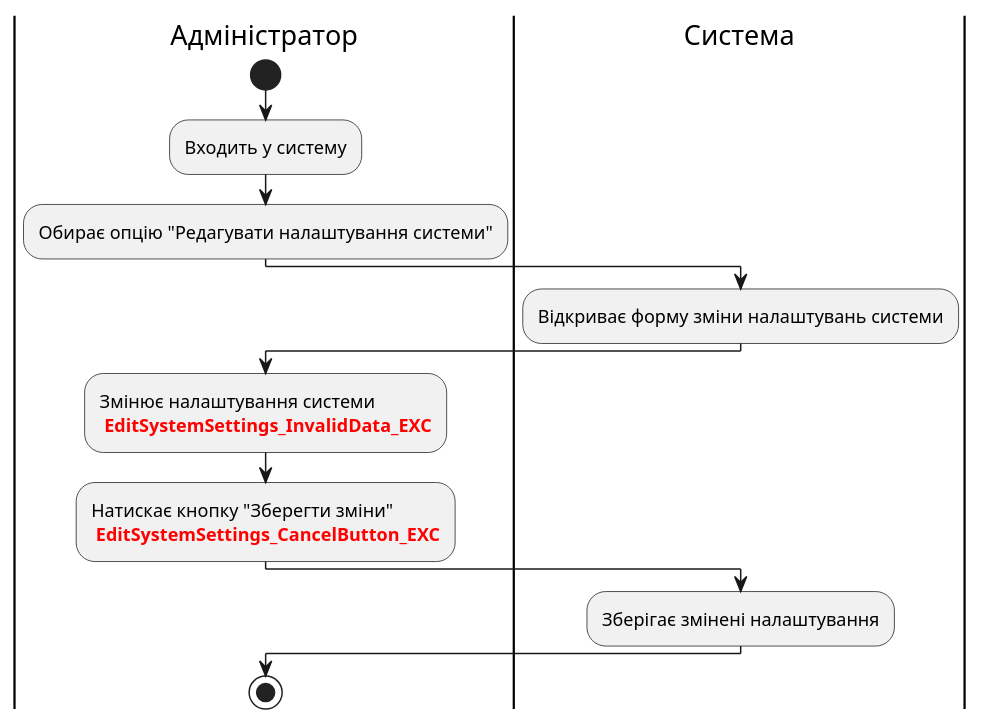
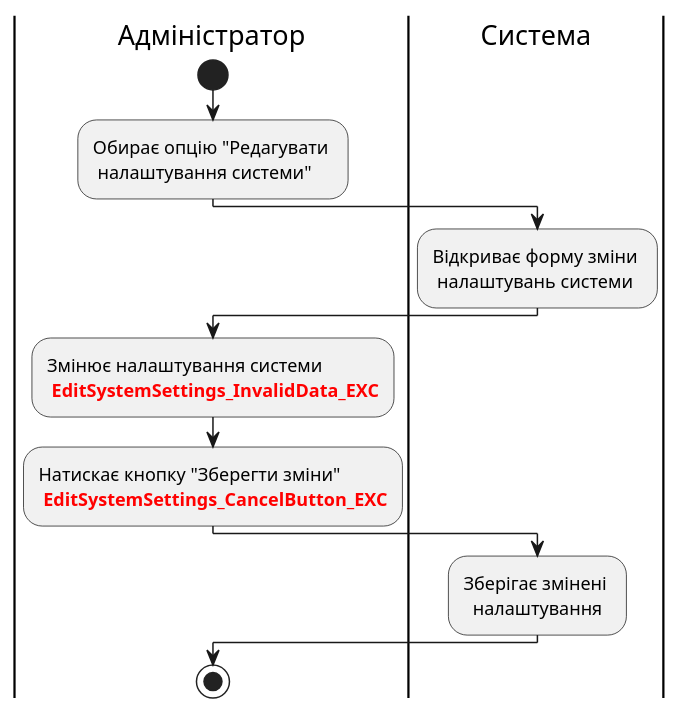
One commit to boldak/edu-db-cw changed diagram 16 of 16 in docs/use cases/README.md. Above: the diagram before and after it, drawn with PlantUML. The commit also changed other lines of this file, not shown here.

```diff
--- a/docs/use cases/README.md
+++ b/docs/use cases/README.md
@@ -1233,23 +1233,22 @@
 @startuml
 
 |Адміністратор|
 start;
-:Входить у систему;
-:Обирає опцію "Редагувати налаштування системи";
+:Обирає опцію "Редагувати \n налаштування системи";
 
 |Система|
-:Відкриває форму зміни налаштувань системи;
+:Відкриває форму зміни \n налаштувань системи;
 
 |Адміністратор|
 :Змінює налаштування системи
 <font color="red"><b> EditSystemSettings_InvalidData_EXC;
 :Натискає кнопку "Зберегти зміни"
 <font color="red"><b> EditSystemSettings_CancelButton_EXC;
 
 |Система|
-:Зберігає змінені налаштування;
+:Зберігає змінені \n  налаштування;
 
 |Адміністратор|
 stop;
 
 @enduml
```
